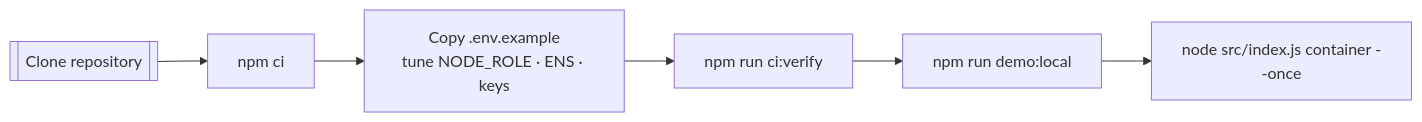
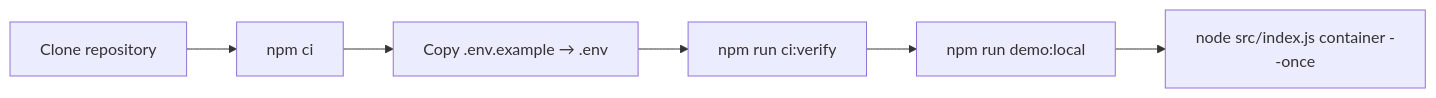
One commit to MontrealAI/AGI-Alpha-Node-v0 changed the first of 2 diagrams in README.md. Above: the diagram before and after it, drawn with Mermaid. The commit also changed other lines of this file and 9 other files, not shown here.

````diff
--- a/README.md
+++ b/README.md
@@ -121,8 +82,8 @@
 ```mermaid
 flowchart LR
-  checkout[[Clone repository]] --> install[npm ci]
-  install --> config[Copy .env.example<br/>tune NODE_ROLE · ENS · keys]
-  config --> verify[npm run ci:verify]
-  verify --> demo[npm run demo:local]
-  demo --> launch[node src/index.js container --once]
+  A[Clone repository] --> B[npm ci]
+  B --> C[Copy .env.example → .env]
+  C --> D[npm run ci:verify]
+  D --> E[npm run demo:local]
+  E --> F[node src/index.js container --once]
 ```
````
